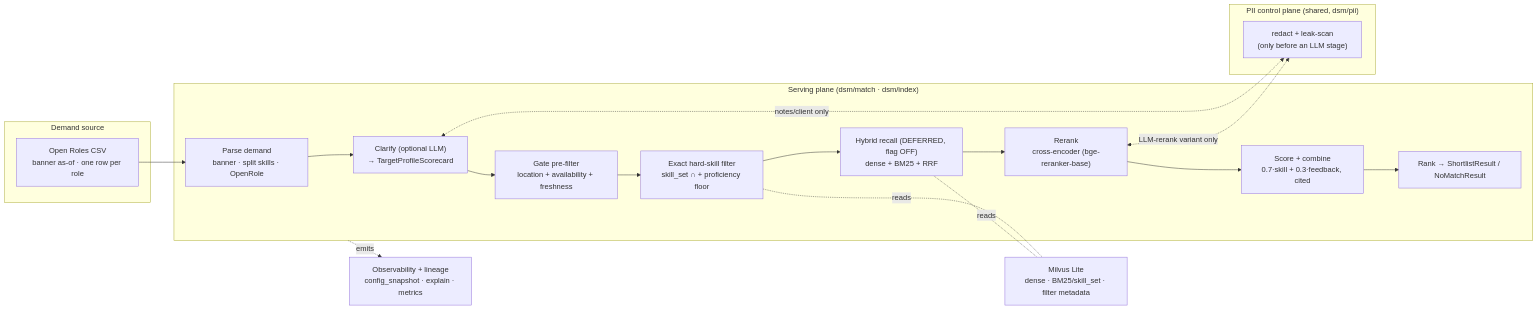
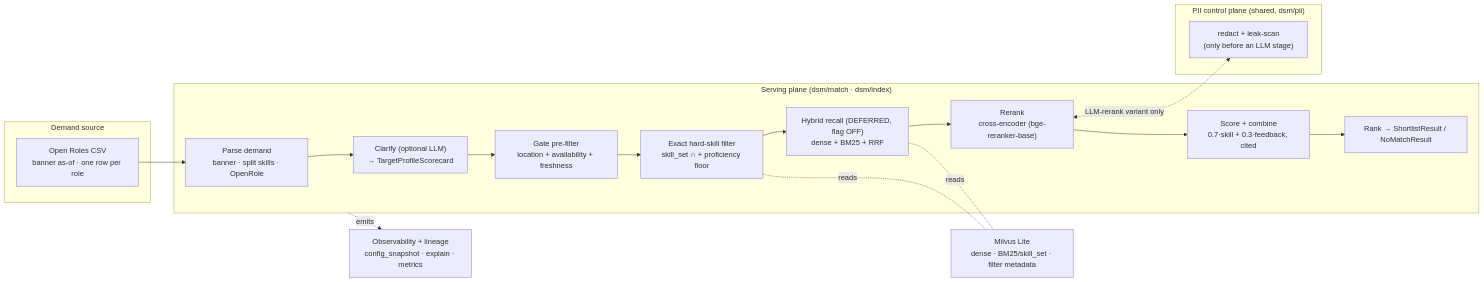
Before and after one commit to shreyabaid007/staffer: the first of 7 diagrams in ee-query-architecture.md, drawn with Mermaid. The commit also changed other lines of this file and 5 other files, not shown here.

````diff
--- a/ee-query-architecture.md
+++ b/ee-query-architecture.md
@@ -57,31 +65,30 @@
 ```mermaid
 flowchart LR
     subgraph SRC["Demand source"]
         CSV["Open Roles CSV<br/>banner as-of · one row per role"]
     end
 
     subgraph SERVE["Serving plane (dsm/match · dsm/index)"]
         PARSE["Parse demand<br/>banner · split skills · OpenRole"]
         CLAR["Clarify (optional LLM)<br/>→ TargetProfileScorecard"]
         GATE["Gate pre-filter<br/>location + availability + freshness"]
         EXACT["Exact hard-skill filter<br/>skill_set ∩ + proficiency floor"]
         RECALL["Hybrid recall (DEFERRED, flag OFF)<br/>dense + BM25 + RRF"]
         RR["Rerank<br/>cross-encoder (bge-reranker-base)"]
         SCORE["Score + combine<br/>0.7·skill + 0.3·feedback, cited"]
         RANK["Rank → ShortlistResult / NoMatchResult"]
     end
 
     subgraph PIIP["PII control plane (shared, dsm/pii)"]
         REDACT["redact + leak-scan<br/>(only before an LLM stage)"]
     end
 
     STORE["Milvus Lite<br/>dense · BM25/skill_set · filter metadata"]
     OBS["Observability + lineage<br/>config_snapshot · explain · metrics"]
 
     CSV --> PARSE --> CLAR --> GATE --> EXACT --> RECALL --> RR --> SCORE --> RANK
     EXACT -. reads .- STORE
     RECALL -. reads .- STORE
-    CLAR <-. notes/client only .-> REDACT
     RR <-. LLM-rerank variant only .-> REDACT
     SERVE -. emits .-> OBS
 ```
````
